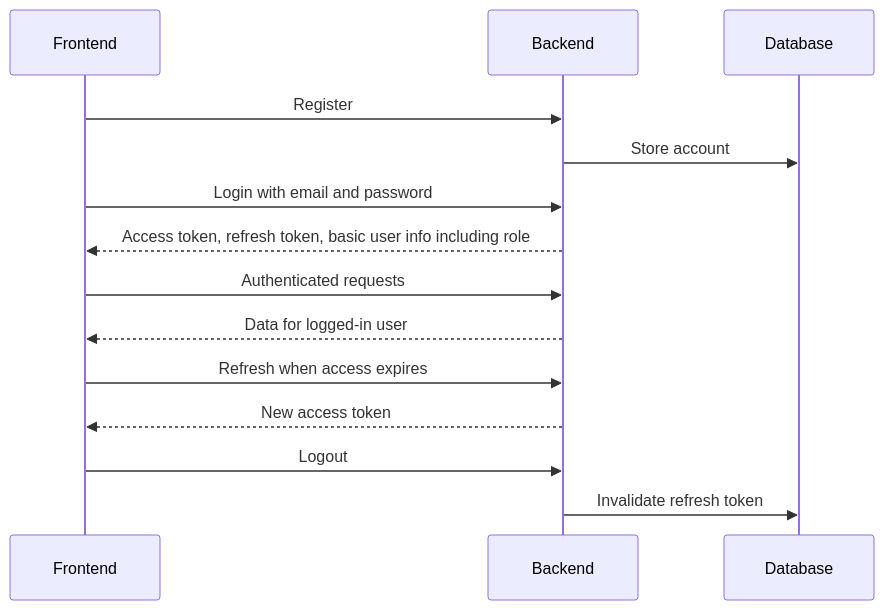
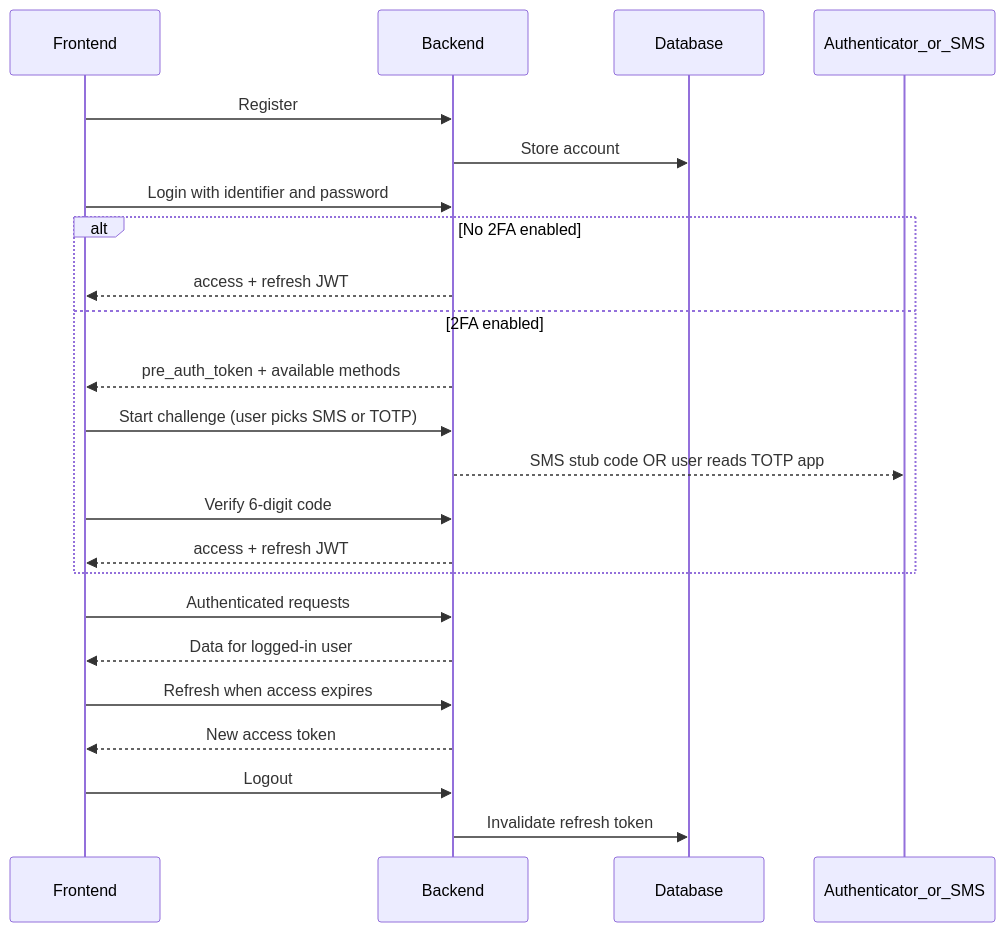
One commit to Team-BitStorm/bitstorm-saas-repo changed the second of 3 diagrams in REQUIREMENTS.md. Above: the diagram before and after it, drawn with Mermaid. The commit also changed other lines of this file, not shown here.

````diff
--- a/REQUIREMENTS.md
+++ b/REQUIREMENTS.md
@@ -70,20 +72,30 @@
 ```mermaid
 sequenceDiagram
     participant FE as Frontend
     participant BE as Backend
     participant DB as Database
+    participant App as Authenticator_or_SMS
 
     FE->>BE: Register
     BE->>DB: Store account
-    FE->>BE: Login with email and password
-    BE-->>FE: Access token, refresh token, basic user info including role
+    FE->>BE: Login with identifier and password
+
+    alt No 2FA enabled
+        BE-->>FE: access + refresh JWT
+    else 2FA enabled
+        BE-->>FE: pre_auth_token + available methods
+        FE->>BE: Start challenge (user picks SMS or TOTP)
+        BE-->>App: SMS stub code OR user reads TOTP app
+        FE->>BE: Verify 6-digit code
+        BE-->>FE: access + refresh JWT
+    end
 
     FE->>BE: Authenticated requests
     BE-->>FE: Data for logged-in user
 
     FE->>BE: Refresh when access expires
     BE-->>FE: New access token
 
     FE->>BE: Logout
     BE->>DB: Invalidate refresh token
 ```
````
